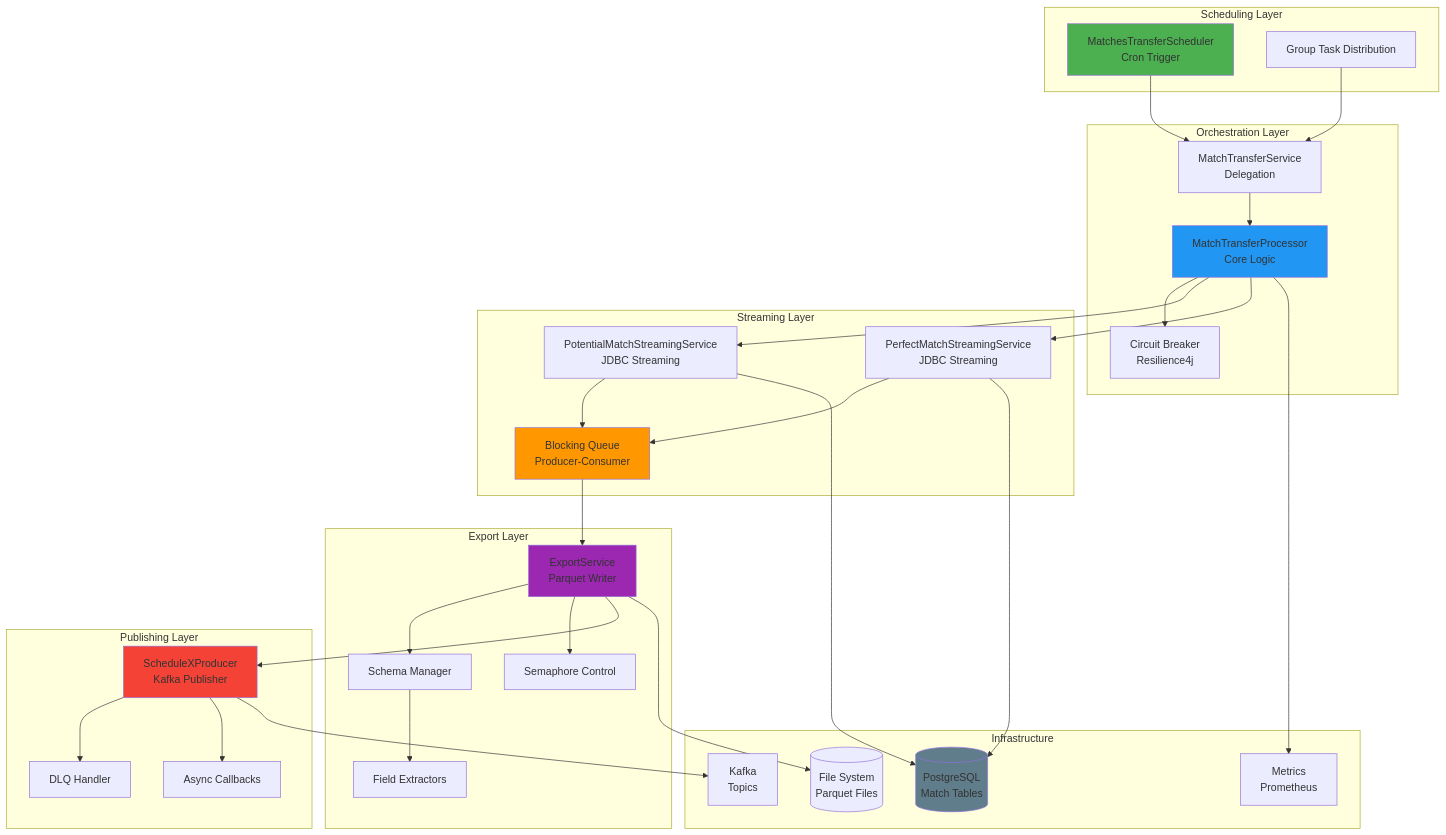
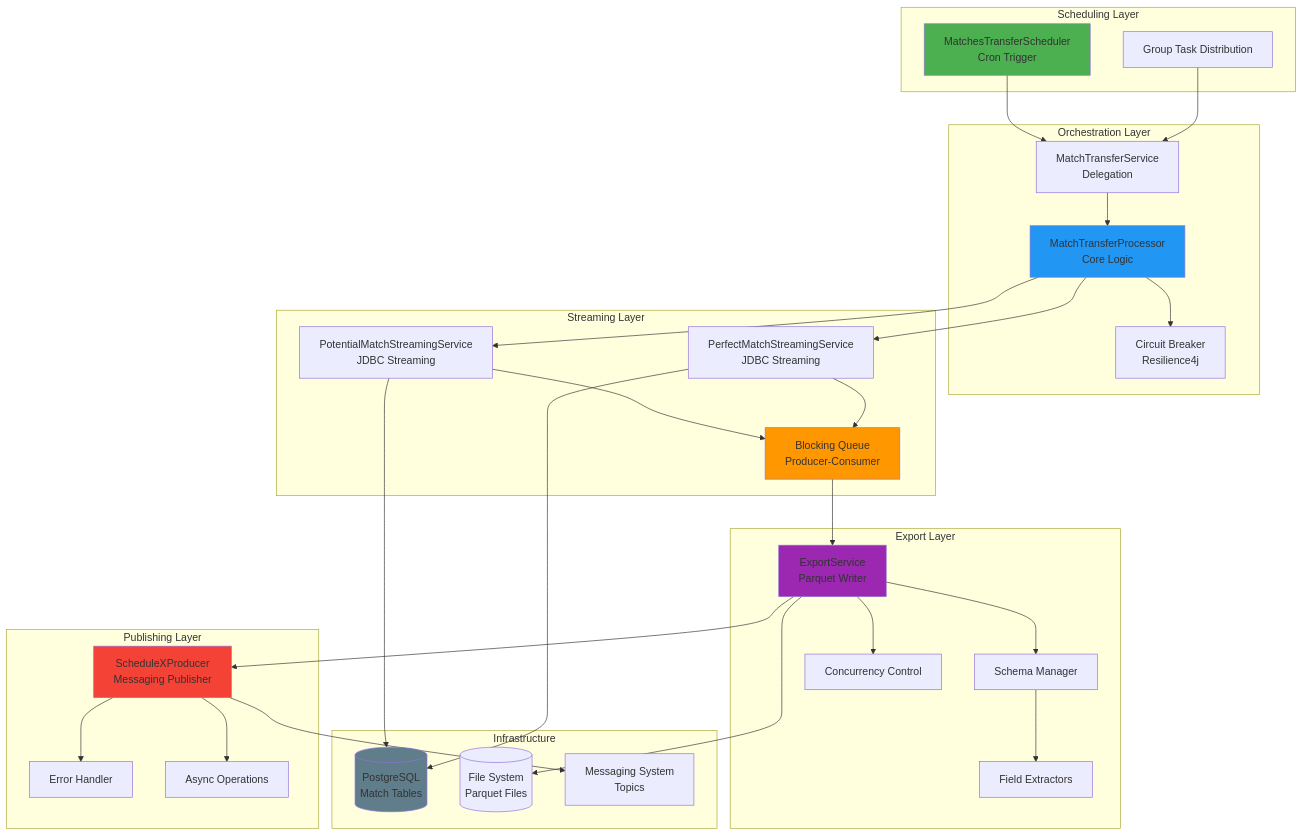
The second of 9 diagrams in docs/Low Level Designs/MatchesTransfer.md (kagit00/schedule_x), drawn with Mermaid before and after one commit. The commit also changed other lines of this file and 7 other files, not shown here.

````diff
--- a/docs/Low Level Designs/MatchesTransfer.md
+++ b/docs/Low Level Designs/MatchesTransfer.md
@@ -109,71 +68,69 @@
 ```mermaid
 graph TB
     subgraph "Scheduling Layer"
         A1[MatchesTransferScheduler<br/>Cron Trigger]
         A2[Group Task Distribution]
     end
     
     subgraph "Orchestration Layer"
         B1[MatchTransferService<br/>Delegation]
         B2[MatchTransferProcessor<br/>Core Logic]
         B3[Circuit Breaker<br/>Resilience4j]
     end
     
     subgraph "Streaming Layer"
         C1[PotentialMatchStreamingService<br/>JDBC Streaming]
         C2[PerfectMatchStreamingService<br/>JDBC Streaming]
         C3[Blocking Queue<br/>Producer-Consumer]
     end
     
     subgraph "Export Layer"
         D1[ExportService<br/>Parquet Writer]
         D2[Schema Manager]
         D3[Field Extractors]
-        D4[Semaphore Control]
+        D4[Concurrency Control]
     end
     
     subgraph "Publishing Layer"
-        E1[ScheduleXProducer<br/>Kafka Publisher]
-        E2[DLQ Handler]
-        E3[Async Callbacks]
+        E1[ScheduleXProducer<br/>Messaging Publisher]
+        E2[Error Handler]
+        E3[Async Operations]
     end
     
     subgraph "Infrastructure"
         F1[(PostgreSQL<br/>Match Tables)]
         F2[(File System<br/>Parquet Files)]
-        F3[Kafka<br/>Topics]
-        F4[Metrics<br/>Prometheus]
+        F3[Messaging System<br/>Topics]
     end
     
     A1 --> B1
     A2 --> B1
     B1 --> B2
     B2 --> B3
     
     B2 --> C1
     B2 --> C2
     C1 --> C3
     C2 --> C3
     
     C3 --> D1
     D1 --> D2
     D2 --> D3
     D1 --> D4
     
     D1 --> E1
     E1 --> E2
     E1 --> E3
     
     C1 --> F1
     C2 --> F1
     D1 --> F2
     E1 --> F3
-    B2 --> F4
     
     style A1 fill:#4CAF50
     style B2 fill:#2196F3
     style C3 fill:#FF9800
     style D1 fill:#9C27B0
     style E1 fill:#F44336
     style F1 fill:#607D8B
 ```
````
